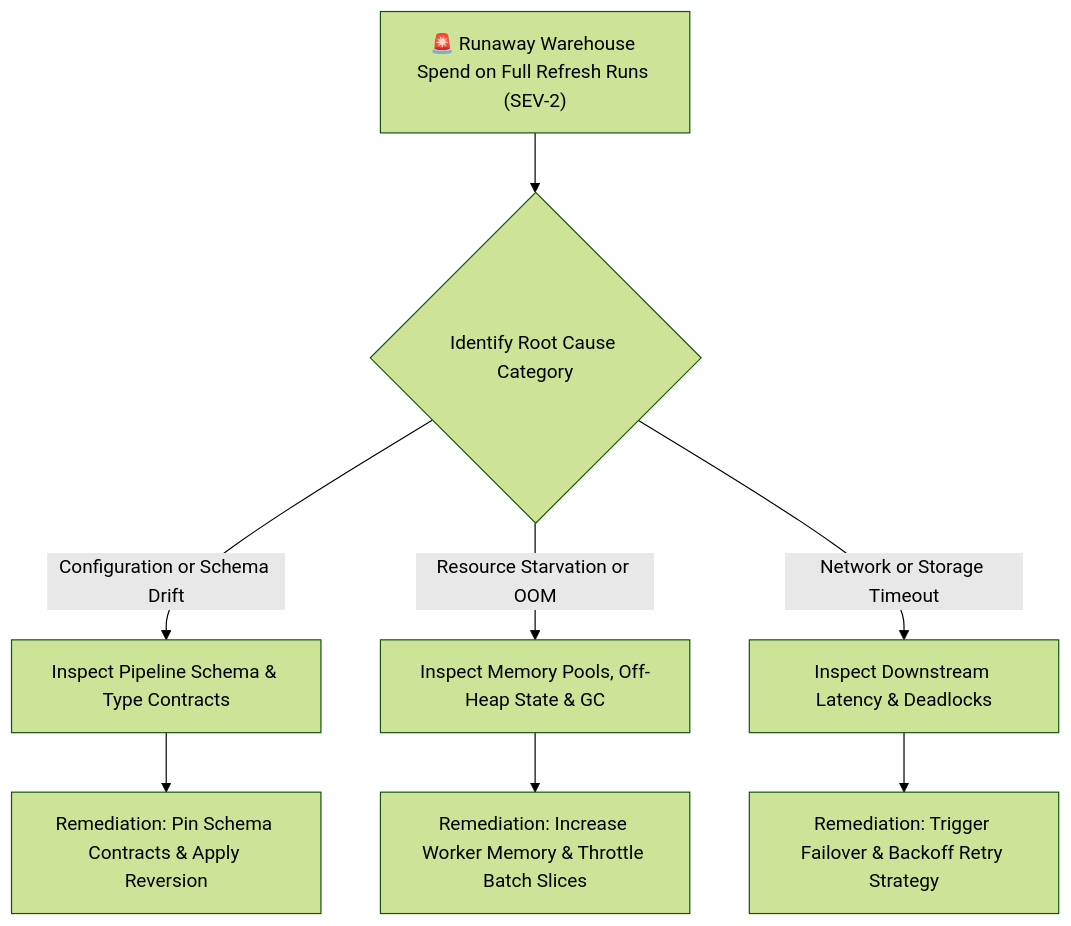
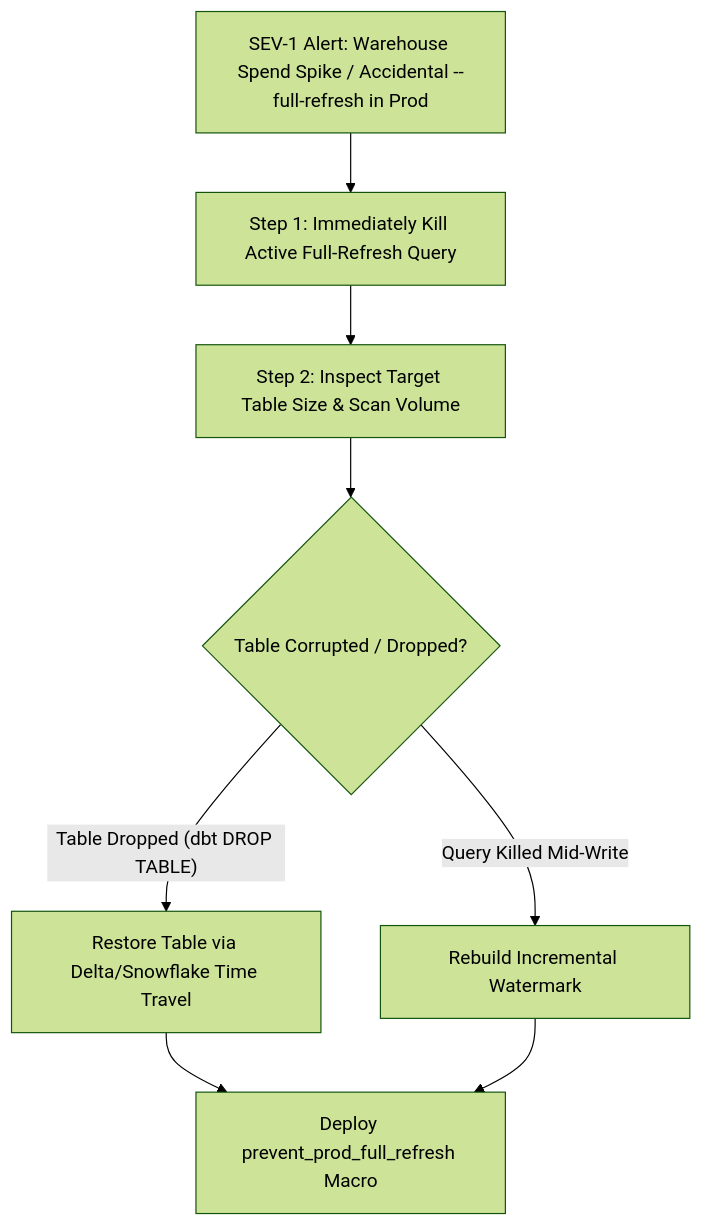
Before and after one commit to santoshjammi29/dbt-handbook: the diagram in runbooks/04_warehouse_credit_exhaustion_from_full_refresh.md, drawn with Mermaid (forest theme). The commit also changed other lines of this file and 12 other files, not shown here.

````diff
--- a/runbooks/04_warehouse_credit_exhaustion_from_full_refresh.md
+++ b/runbooks/04_warehouse_credit_exhaustion_from_full_refresh.md
@@ -11,12 +12,12 @@
 ```mermaid
 flowchart TD
-    Alert["🚨 Runaway Warehouse Spend on Full Refresh Runs (SEV-2)"] --> TriageCategory{"Identify Root Cause Category"}
+    Alert["SEV-1 Alert: Warehouse Spend Spike / Accidental --full-refresh in Prod"] --> KillQuery["Step 1: Immediately Kill Active Full-Refresh Query"]
+    KillQuery --> CheckTableSize["Step 2: Inspect Target Table Size & Scan Volume"]
     
-    TriageCategory -->|"Configuration or Schema Drift"| ConfigTriage["Inspect Pipeline Schema & Type Contracts"]
-    TriageCategory -->|"Resource Starvation or OOM"| ResourceTriage["Inspect Memory Pools, Off-Heap State & GC"]
-    TriageCategory -->|"Network or Storage Timeout"| NetworkTriage["Inspect Downstream Latency & Deadlocks"]
-
-    ConfigTriage --> FixConfig["Remediation: Pin Schema Contracts & Apply Reversion"]
-    ResourceTriage --> FixResource["Remediation: Increase Worker Memory & Throttle Batch Slices"]
-    NetworkTriage --> FixNetwork["Remediation: Trigger Failover & Backoff Retry Strategy"]
+    CheckTableSize --> TableStatus{"Table Corrupted / Dropped?"}
+    TableStatus -->|"Table Dropped (dbt DROP TABLE)"| RestoreTimeTravel["Restore Table via Delta/Snowflake Time Travel"]
+    TableStatus -->|"Query Killed Mid-Write"| RebuildIncremental["Rebuild Incremental Watermark"]
+    
+    RestoreTimeTravel --> InstallGuardrail["Deploy prevent_prod_full_refresh Macro"]
+    RebuildIncremental --> InstallGuardrail
 ```
````
